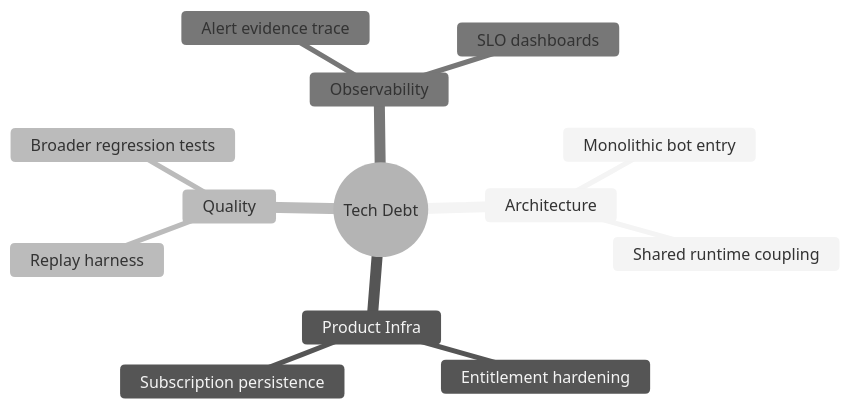
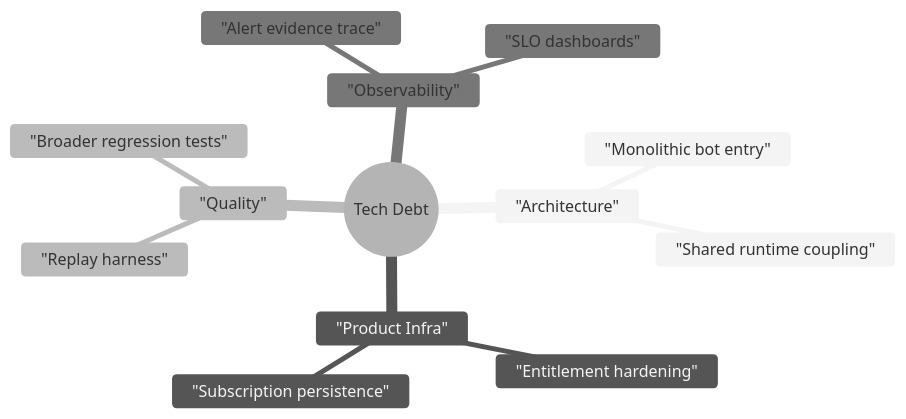
One commit to ivanmladek/PolyWeather changed the diagram in docs/TECH_DEBT.md. Above: the diagram before and after it, drawn with Mermaid (neutral theme). The commit also changed 4 other files, not shown here.

Commit message:
docs: Introduce commercialization and technical debt documentation in English and Chinese, and update README diagram formatting.

````diff
--- a/docs/TECH_DEBT.md
+++ b/docs/TECH_DEBT.md
@@ -9,16 +9,16 @@
 ```mermaid
 mindmap
   root((Tech Debt))
-    Architecture
-      Monolithic bot entry
-      Shared runtime coupling
-    Product Infra
-      Entitlement hardening
-      Subscription persistence
-    Quality
-      Replay harness
-      Broader regression tests
-    Observability
-      Alert evidence trace
-      SLO dashboards
+    "Architecture"
+      "Monolithic bot entry"
+      "Shared runtime coupling"
+    "Product Infra"
+      "Entitlement hardening"
+      "Subscription persistence"
+    "Quality"
+      "Replay harness"
+      "Broader regression tests"
+    "Observability"
+      "Alert evidence trace"
+      "SLO dashboards"
 ```
````
